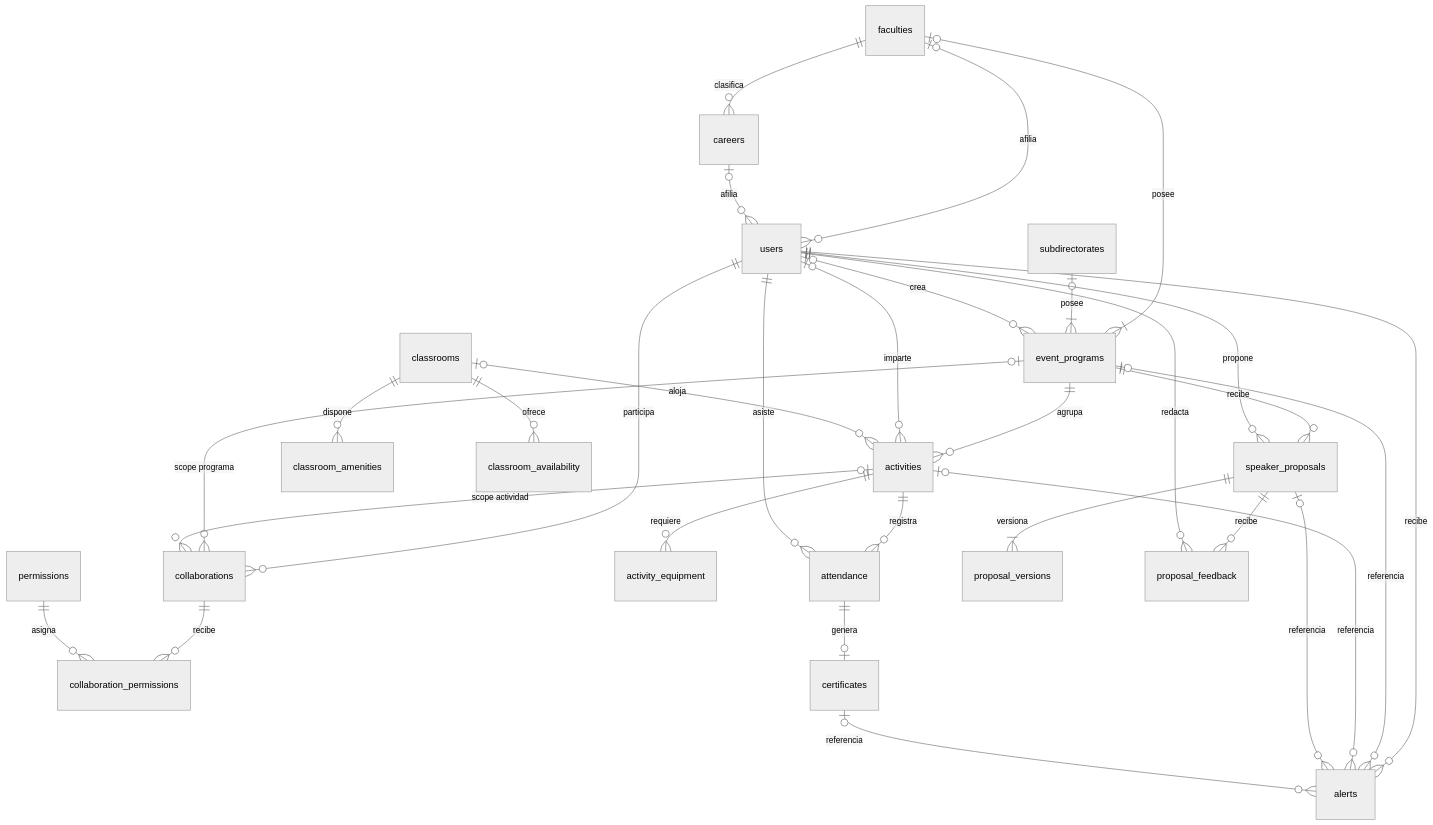
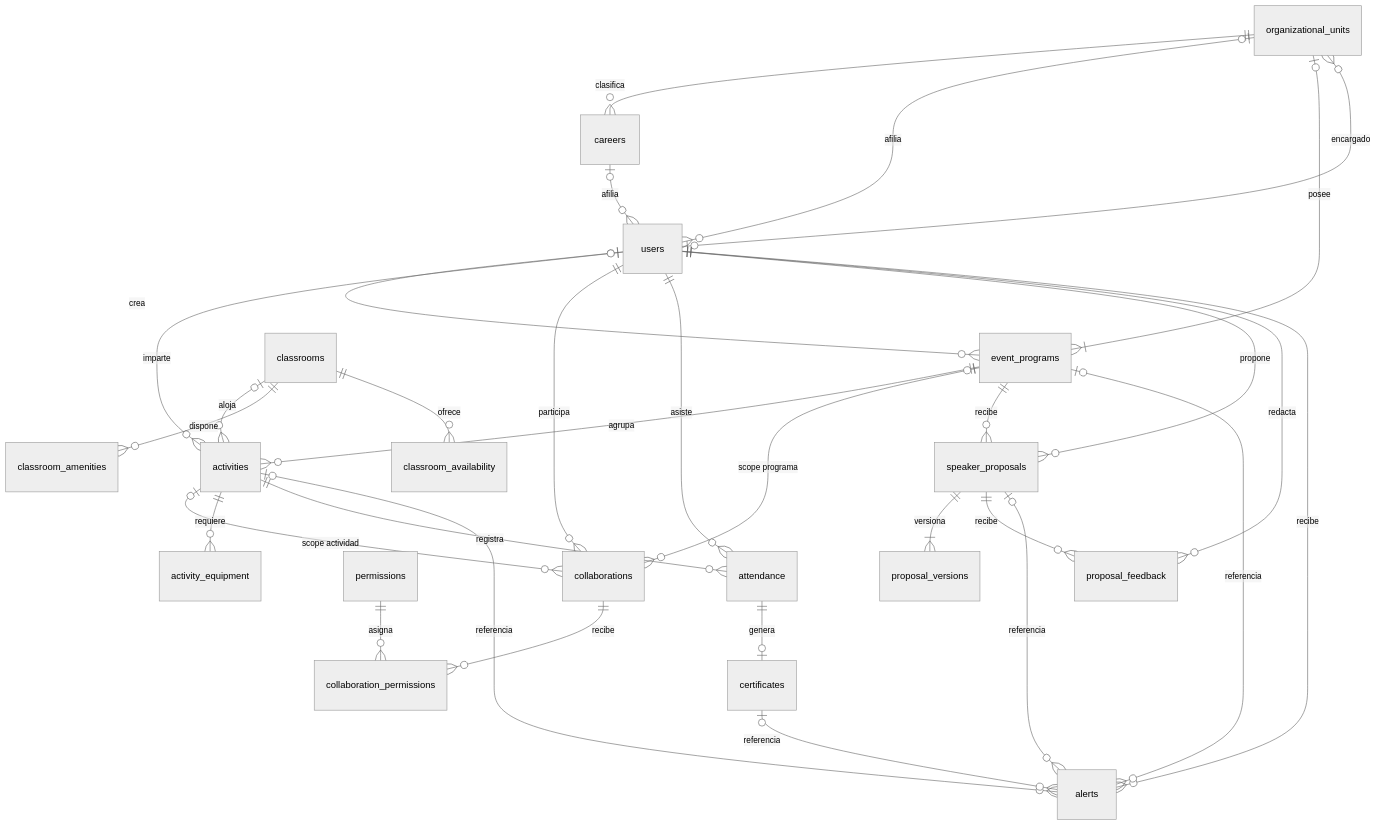
One commit to JoseAPeralta/SIPEG-UTP-BACKEND changed the diagram in docs/er-diagram/ER-design-justification.md. Above: the diagram before and after it, drawn with Mermaid (neutral theme). The commit also changed other lines of this file and 44 other files, not shown here.

First line of the commit message:
refactor(units): unify faculties and subdirectorates into organizational units

````diff
--- a/docs/er-diagram/ER-design-justification.md
+++ b/docs/er-diagram/ER-design-justification.md
@@ -578,33 +571,33 @@
 ```mermaid
 erDiagram
-    faculties ||--o{ careers : "clasifica"
-    faculties |o--o{ users : "afilia"
-    faculties |o--|{ event_programs : "posee"
-    subdirectorates |o--|{ event_programs : "posee"
+    organizational_units ||--o{ careers : "clasifica"
+    organizational_units |o--o{ users : "afilia"
+    organizational_units |o--|{ event_programs : "posee"
+    users |o--o{ organizational_units : "encargado"
     careers |o--o{ users : "afilia"
     users |o--o{ event_programs : "crea"
     event_programs ||--o{ activities : "agrupa"
     users |o--o{ activities : "imparte"
     users ||--o{ collaborations : "participa"
     event_programs |o--o{ collaborations : "scope programa"
     activities |o--o{ collaborations : "scope actividad"
     collaborations ||--o{ collaboration_permissions : "recibe"
     permissions ||--o{ collaboration_permissions : "asigna"
     activities ||--o{ activity_equipment : "requiere"
     activities ||--o{ attendance : "registra"
     users ||--o{ attendance : "asiste"
     attendance ||--o| certificates : "genera"
     classrooms |o--o{ activities : "aloja"
     classrooms ||--o{ classroom_amenities : "dispone"
     classrooms ||--o{ classroom_availability : "ofrece"
     event_programs ||--o{ speaker_proposals : "recibe"
     users ||--o{ speaker_proposals : "propone"
     speaker_proposals ||--|{ proposal_versions : "versiona"
     speaker_proposals ||--o{ proposal_feedback : "recibe"
     users ||--o{ proposal_feedback : "redacta"
     users ||--o{ alerts : "recibe"
     event_programs |o--o{ alerts : "referencia"
     activities |o--o{ alerts : "referencia"
     speaker_proposals |o--o{ alerts : "referencia"
     certificates |o--o{ alerts : "referencia"
 ```
````
